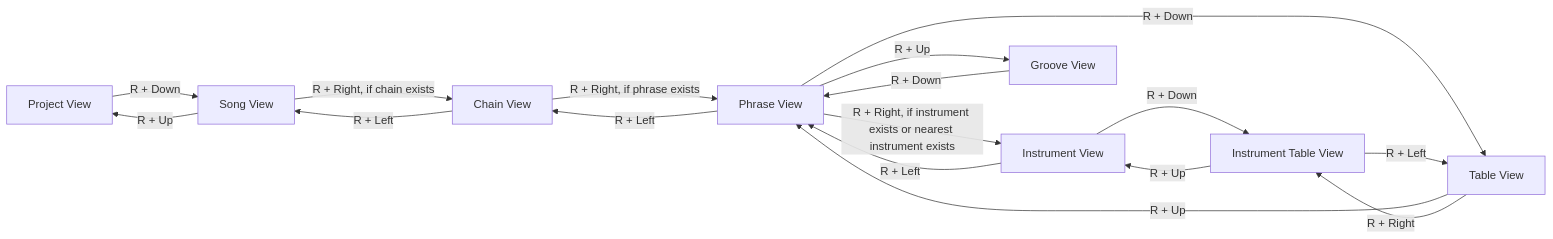
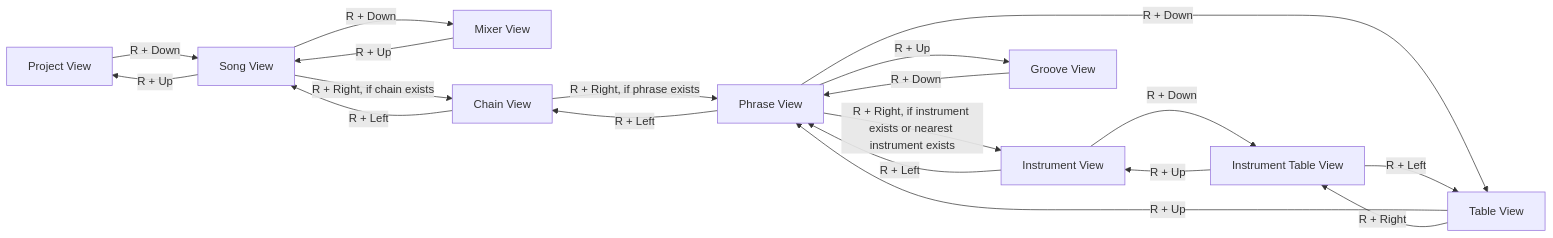
Before and after one commit to Inkmortal/LittleGPTracker-RG-Nano-Audio-In-Sampling: the diagram in docs/RGNANO_INPUT_MAP.md, drawn with Mermaid. The commit also changed other lines of this file and 10 other files, not shown here.

````diff
--- a/docs/RGNANO_INPUT_MAP.md
+++ b/docs/RGNANO_INPUT_MAP.md
@@ -89,19 +89,21 @@
 ```mermaid
 flowchart LR
     Project["Project View"] -- "R + Down" --> Song["Song View"]
     Song -- "R + Up" --> Project
+    Song -- "R + Down" --> Mixer["Mixer View"]
+    Mixer -- "R + Up" --> Song
     Song -- "R + Right, if chain exists" --> Chain["Chain View"]
     Chain -- "R + Left" --> Song
     Chain -- "R + Right, if phrase exists" --> Phrase["Phrase View"]
     Phrase -- "R + Left" --> Chain
     Phrase -- "R + Right, if instrument exists or nearest instrument exists" --> Instrument["Instrument View"]
     Instrument -- "R + Left" --> Phrase
     Phrase -- "R + Down" --> Table["Table View"]
     Phrase -- "R + Up" --> Groove["Groove View"]
     Groove -- "R + Down" --> Phrase
     Instrument -- "R + Down" --> Table2["Instrument Table View"]
     Table -- "R + Up" --> Phrase
     Table -- "R + Right" --> Table2
     Table2 -- "R + Up" --> Instrument
     Table2 -- "R + Left" --> Table
 ```
````
